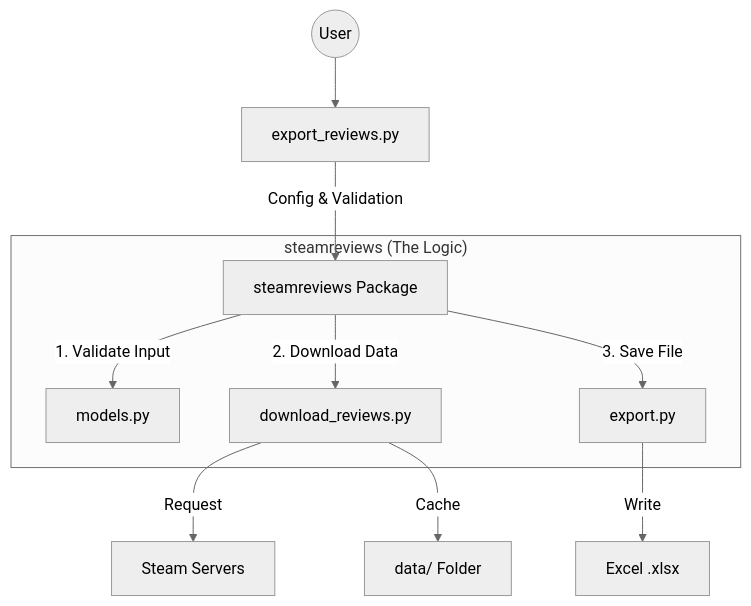
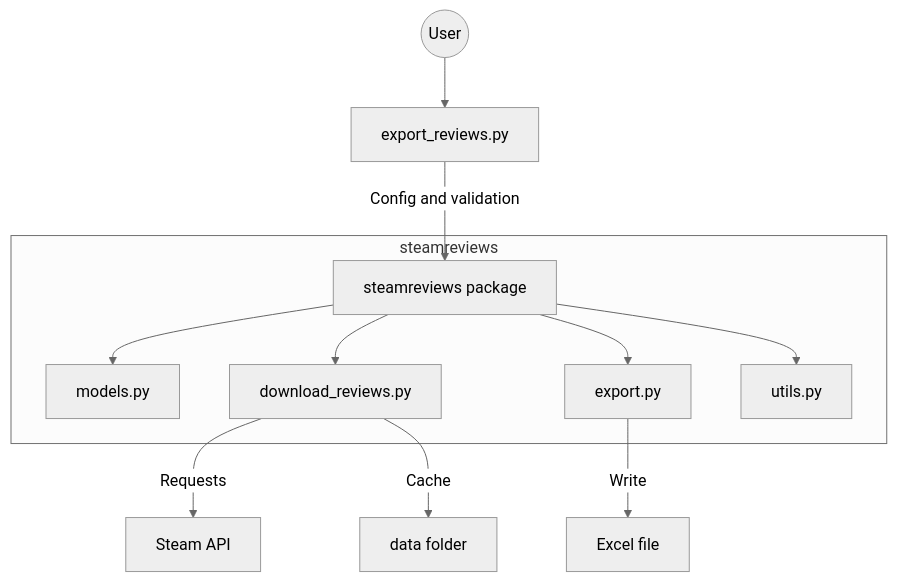
Before and after one commit to sacrificeking/steam-review-exporter: the diagram in DEVELOPER_GUIDE.md, drawn with Mermaid (neutral theme). The commit also changed other lines of this file and 12 other files, not shown here.

````diff
--- a/DEVELOPER_GUIDE.md
+++ b/DEVELOPER_GUIDE.md
@@ -9,15 +12,16 @@
 ```mermaid
 graph TD
     User((User)) --> A[export_reviews.py]
-    A -->|Config & Validation| B[steamreviews Package]
-    
-    subgraph "steamreviews (The Logic)"
-        B -->|1. Validate Input| C[models.py]
-        B -->|2. Download Data| D[download_reviews.py]
-        B -->|3. Save File| E[export.py]
+    A -->|Config and validation| B[steamreviews package]
+
+    subgraph "steamreviews"
+        B --> C[models.py]
+        B --> D[download_reviews.py]
+        B --> E[export.py]
+        B --> F[utils.py]
     end
-    
-    D -->|Request| SteamAPI[Steam Servers]
-    D -->|Cache| Data[data/ Folder]
-    E -->|Write| ExcelFile[Excel .xlsx]
+
+    D -->|Requests| SteamAPI[Steam API]
+    D -->|Cache| Data[data folder]
+    E -->|Write| ExcelFile[Excel file]
 ```
````
